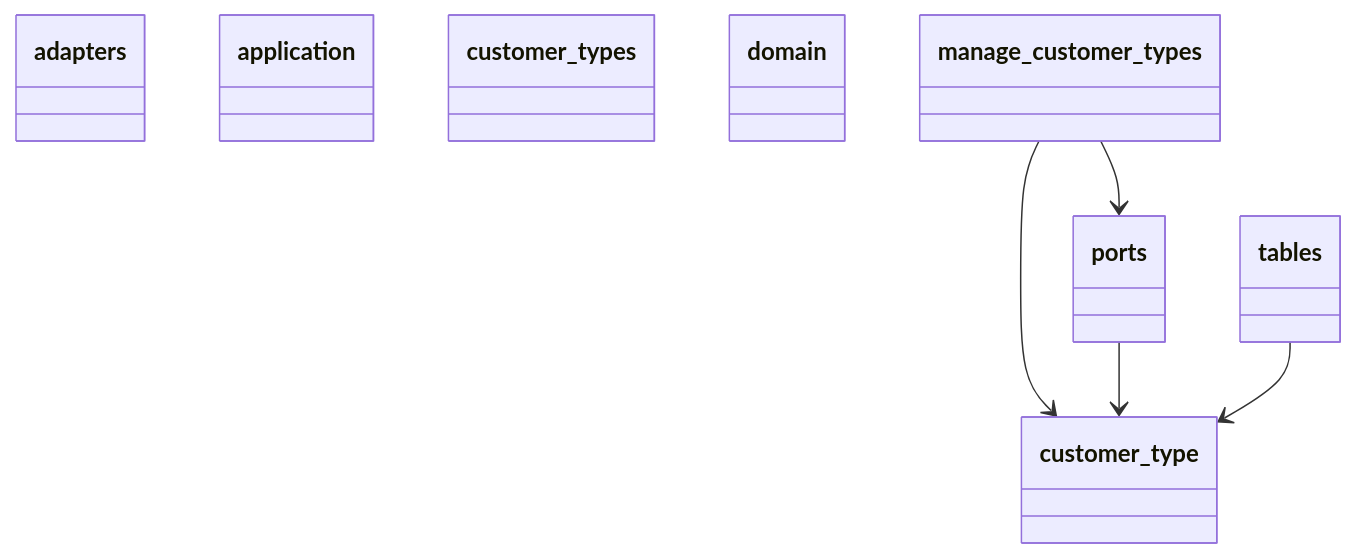
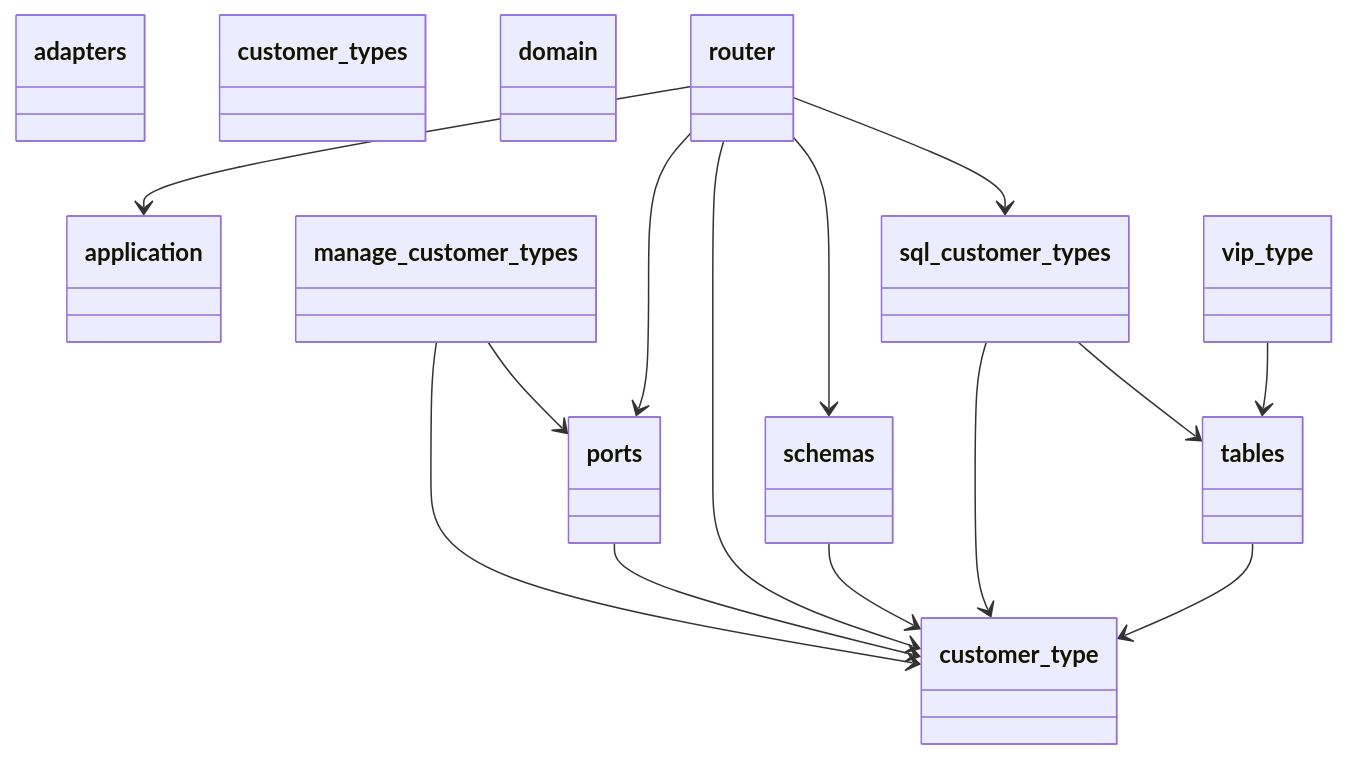
One commit to GonzaloZevallos/apostrophe changed the first of 4 diagrams in docs/architecture/generated/classes/customer_types.md. Above: the diagram before and after it, drawn with Mermaid. The commit also changed other lines of this file and 4 other files, not shown here.

Commit message:
Regenerate the API and architecture docs for the customer types routes

````diff
--- a/docs/architecture/generated/classes/customer_types.md
+++ b/docs/architecture/generated/classes/customer_types.md
@@ -7,23 +7,40 @@
 ```mermaid
 classDiagram
   class adapters {
   }
   class application {
   }
   class customer_type {
   }
   class customer_types {
   }
   class domain {
   }
   class manage_customer_types {
   }
   class ports {
   }
+  class router {
+  }
+  class schemas {
+  }
+  class sql_customer_types {
+  }
   class tables {
+  }
+  class vip_type {
   }
   manage_customer_types --> customer_type
   manage_customer_types --> ports
   ports --> customer_type
+  router --> application
+  router --> customer_type
+  router --> ports
+  router --> schemas
+  router --> sql_customer_types
+  schemas --> customer_type
+  sql_customer_types --> customer_type
+  sql_customer_types --> tables
   tables --> customer_type
+  vip_type --> tables
 ```
````
